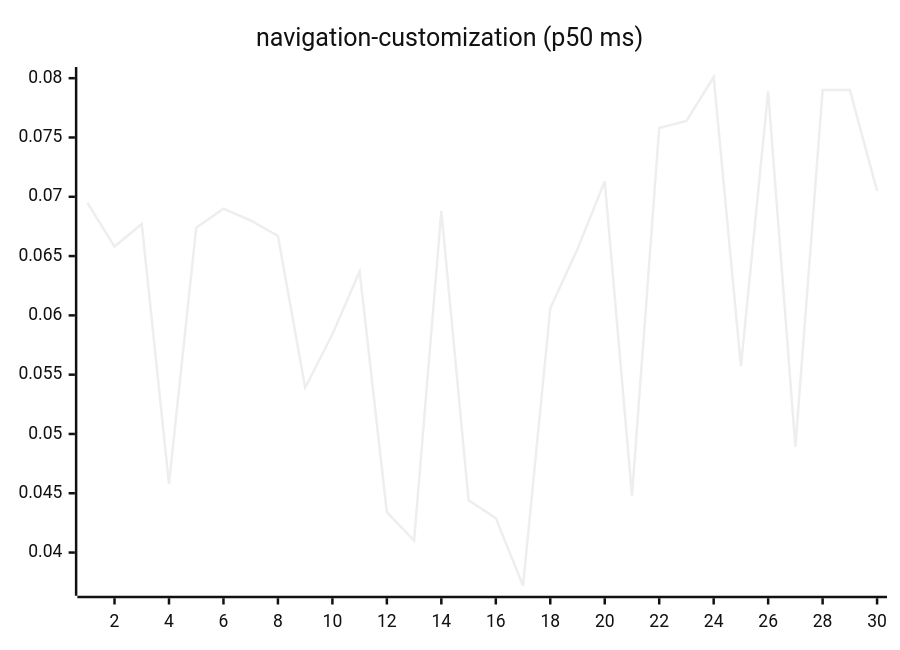
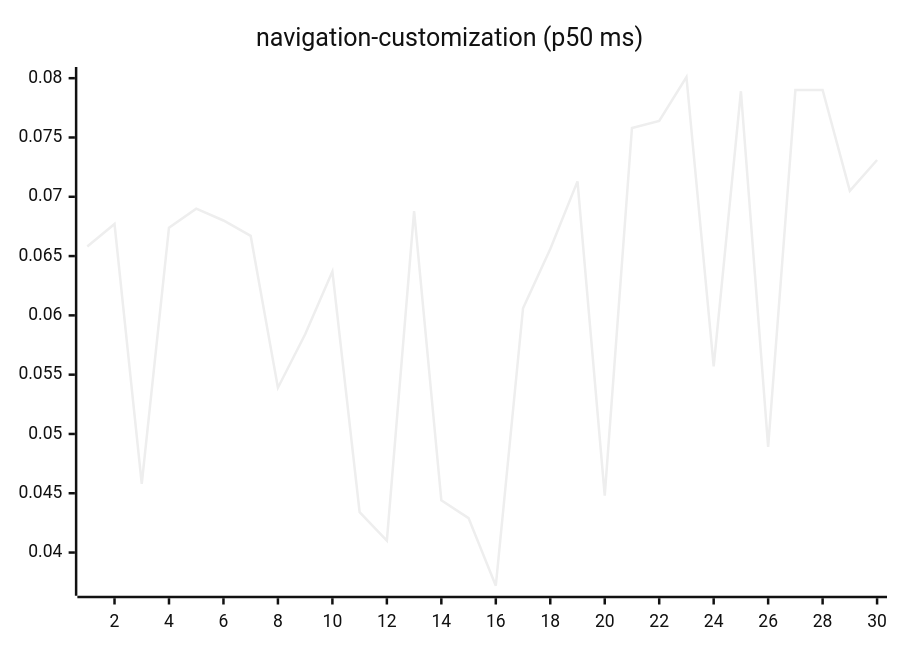
One commit to josha/Facet changed diagram 15 of 27 in README.md. Above: the diagram before and after it, drawn with Mermaid (neutral theme). The commit also changed other lines of this file and 2 other files, not shown here.

````diff
--- a/README.md
+++ b/README.md
@@ -161,6 +161,6 @@
 ```mermaid
 xychart-beta
     title "navigation-customization (p50 ms)"
     x-axis 1 --> 30
-    line [0.0695, 0.0658, 0.0677, 0.0458, 0.0674, 0.0690, 0.0680, 0.0667, 0.0539, 0.0584, 0.0637, 0.0434, 0.0410, 0.0688, 0.0444, 0.0429, 0.0372, 0.0606, 0.0656, 0.0713, 0.0448, 0.0758, 0.0764, 0.0801, 0.0557, 0.0789, 0.0489, 0.0790, 0.0790, 0.0705]
+    line [0.0658, 0.0677, 0.0458, 0.0674, 0.0690, 0.0680, 0.0667, 0.0539, 0.0584, 0.0637, 0.0434, 0.0410, 0.0688, 0.0444, 0.0429, 0.0372, 0.0606, 0.0656, 0.0713, 0.0448, 0.0758, 0.0764, 0.0801, 0.0557, 0.0789, 0.0489, 0.0790, 0.0790, 0.0705, 0.0731]
 ```
````
